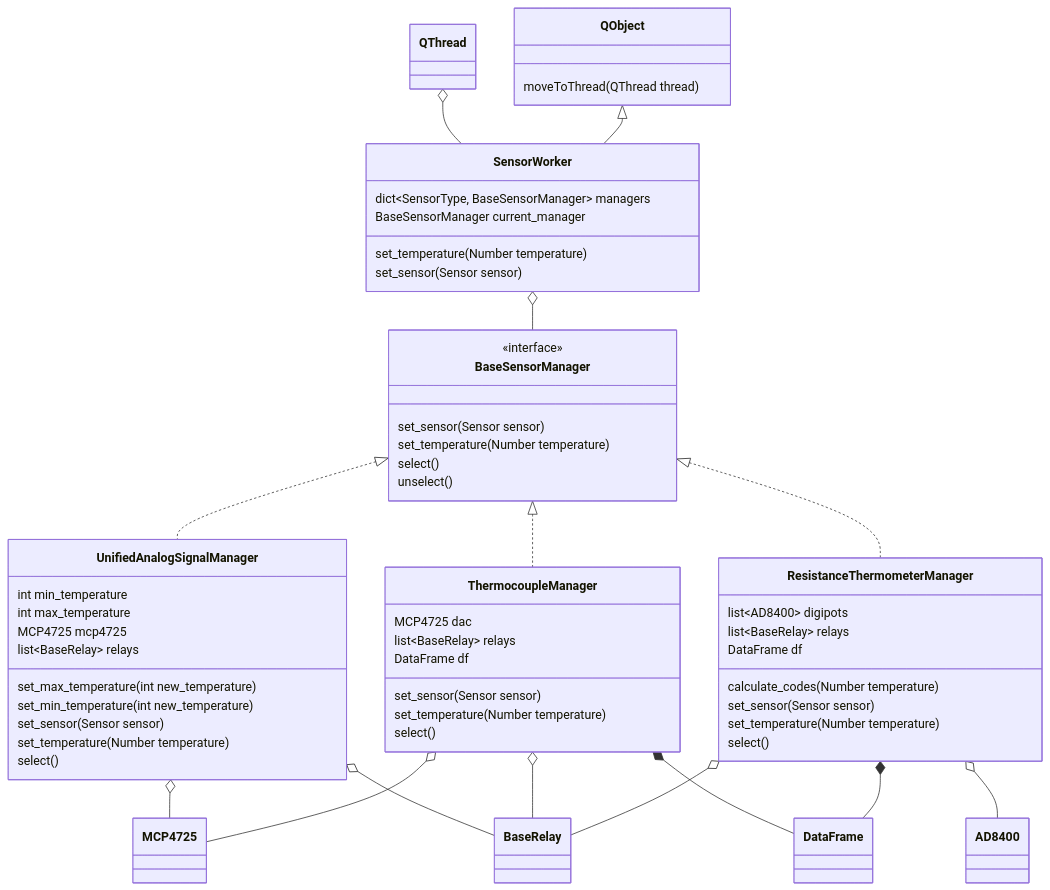
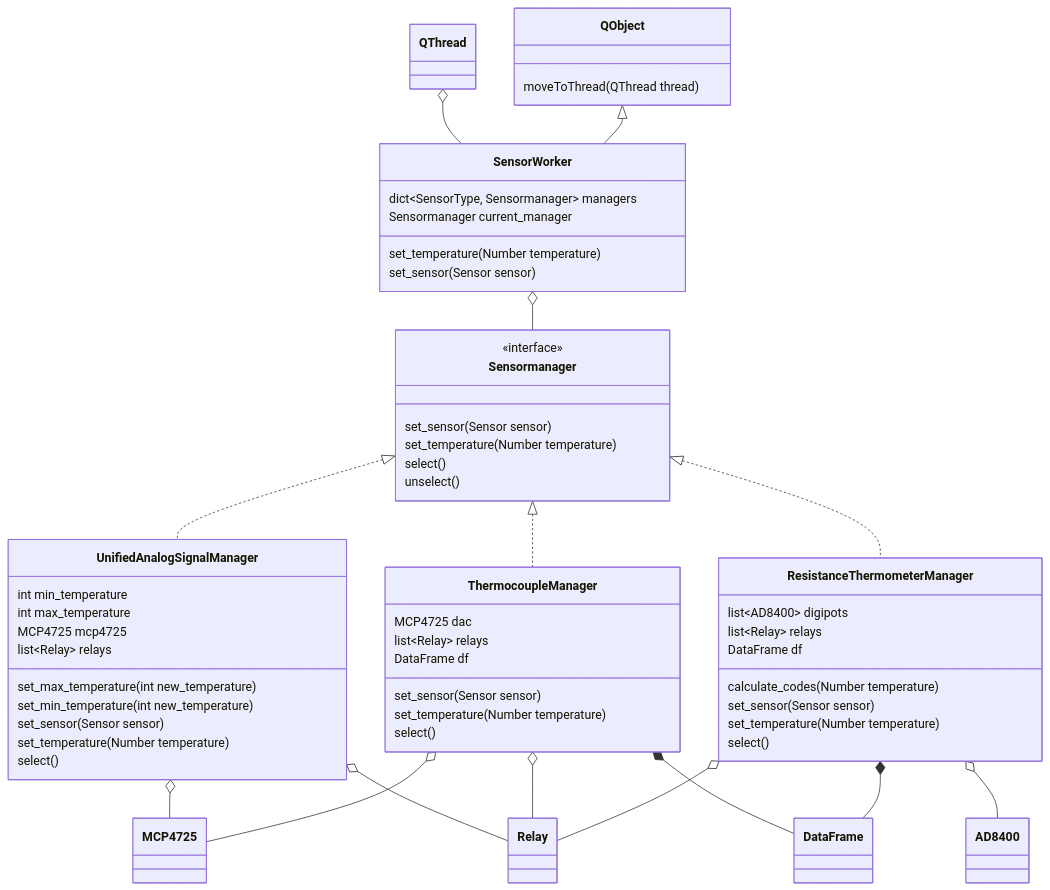
Before and after one commit to Marik28/dissertation: the second of 6 diagrams in data/diagrams/диаграмма классов.md, drawn with Mermaid. The commit also changed other lines of this file and 19 other files, not shown here.

````diff
--- a/data/diagrams/диаграмма классов.md
+++ b/data/diagrams/диаграмма классов.md
@@ -148,67 +125,67 @@
 ```mermaid
 classDiagram
 
     class SensorWorker {
-        dict~SensorType, BaseSensorManager~ managers 
-        BaseSensorManager current_manager 
+        dict~SensorType, Sensormanager~ managers 
+        Sensormanager current_manager 
         set_temperature(Number temperature)
         set_sensor(Sensor sensor)
     }
     
     class QObject {
         moveToThread(QThread thread)
     }
     
-    class BaseSensorManager {
+    class Sensormanager {
         <<interface>>
         set_sensor(Sensor sensor)
         set_temperature(Number temperature)
         select()
         unselect()   
     }
     
     class UnifiedAnalogSignalManager {
         int min_temperature 
         int max_temperature
         MCP4725 mcp4725 
-        list~BaseRelay~ relays
+        list~Relay~ relays
         set_max_temperature(int new_temperature)
         set_min_temperature(int new_temperature)
         set_sensor(Sensor sensor)
         set_temperature(Number temperature)
         select()
     }
     
     class ResistanceThermometerManager {
         list~AD8400~ digipots
-        list~BaseRelay~ relays
+        list~Relay~ relays
         DataFrame df
         calculate_codes(Number temperature)
         set_sensor(Sensor sensor)
         set_temperature(Number temperature)
         select()
     }
     class ThermocoupleManager {
         MCP4725 dac
-        list~BaseRelay~ relays
+        list~Relay~ relays
         DataFrame df
         set_sensor(Sensor sensor)
         set_temperature(Number temperature)
         select()
     }
   
     QObject <|-- SensorWorker
     QThread o-- SensorWorker
-    SensorWorker o-- BaseSensorManager
-    BaseSensorManager <|.. UnifiedAnalogSignalManager
-    BaseSensorManager <|.. ResistanceThermometerManager
-    BaseSensorManager <|.. ThermocoupleManager
-    ResistanceThermometerManager o-- BaseRelay
+    SensorWorker o-- Sensormanager
+    Sensormanager <|.. UnifiedAnalogSignalManager
+    Sensormanager <|.. ResistanceThermometerManager
+    Sensormanager <|.. ThermocoupleManager
+    ResistanceThermometerManager o-- Relay
     ResistanceThermometerManager *-- DataFrame
     ThermocoupleManager *-- DataFrame
     ThermocoupleManager o-- MCP4725
-    ThermocoupleManager o-- BaseRelay
+    ThermocoupleManager o-- Relay
     UnifiedAnalogSignalManager o-- MCP4725
-    UnifiedAnalogSignalManager o-- BaseRelay
+    UnifiedAnalogSignalManager o-- Relay
     ResistanceThermometerManager o-- AD8400
 ```
````
